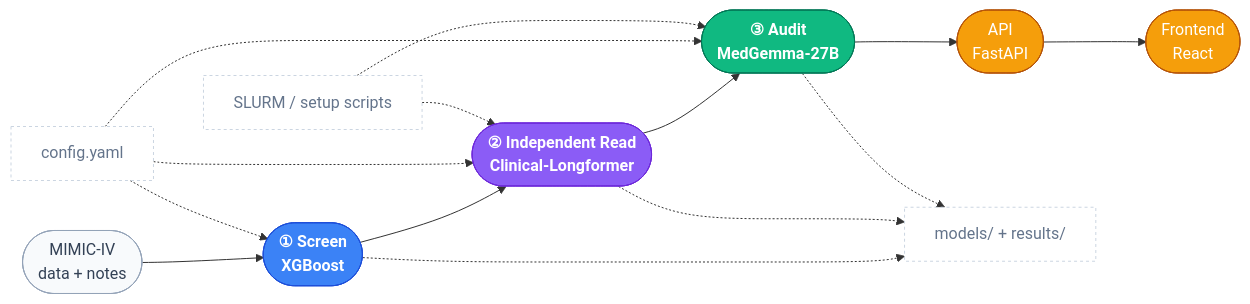
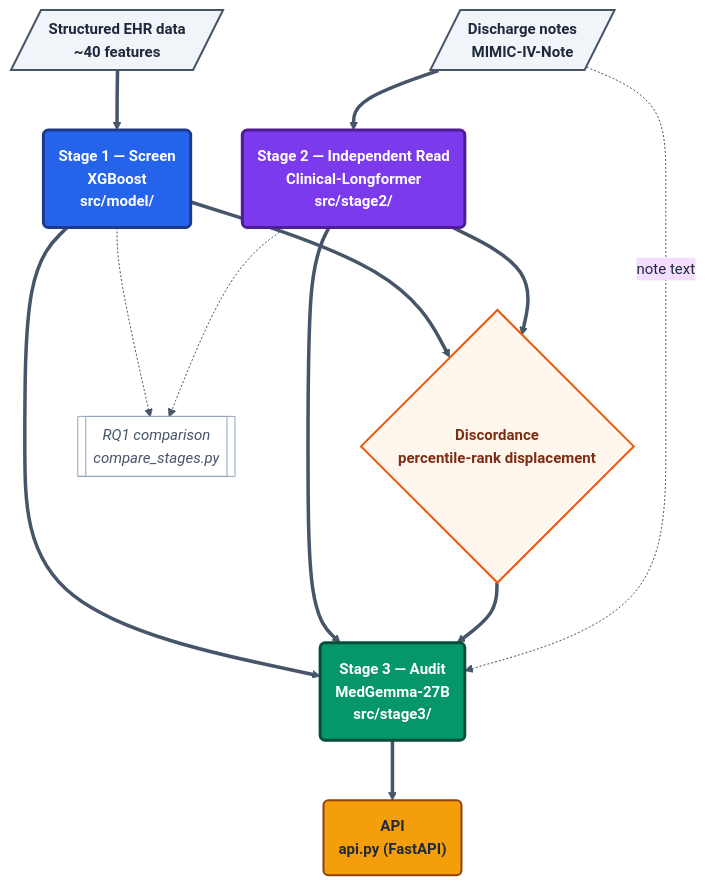
Before and after one commit to ThesisNovaSBE/three-layer-readmission-audit: the diagram in README.md, drawn with Mermaid. The commit also changed other lines of this file and 11 other files, not shown here.

````diff
--- a/README.md
+++ b/README.md
@@ -22,22 +25,38 @@
 ```mermaid
-flowchart LR
-    DATA(["MIMIC-IV<br/>data + notes"]):::ext
-    S1(["① Screen<br/>XGBoost"]):::s1
-    S2(["② Independent Read<br/>Clinical-Longformer"]):::s2
-    S3(["③ Audit<br/>MedGemma-27B"]):::s3
-    API(["API<br/>FastAPI"]):::serve
-    FE(["Frontend<br/>React"]):::serve
+%%{init: {"theme": "base", "themeVariables": {"fontFamily": "Georgia, \"Times New Roman\", serif", "fontSize": "15px", "lineColor": "#475569", "primaryTextColor": "#1e293b"}, "flowchart": {"nodeSpacing": 45, "rankSpacing": 60, "curve": "basis"}}}%%
+flowchart TD
+    STRUCT[/"Structured EHR data<br/>~40 features"/]:::input
+    NOTE[/"Discharge notes<br/>MIMIC-IV-Note"/]:::input
 
-    DATA --> S1 --> S2 --> S3 --> API --> FE
+    S1("Stage 1 — Screen<br/>XGBoost<br/>src/model/"):::s1
+    S2("Stage 2 — Independent Read<br/>Clinical-Longformer<br/>src/stage2/"):::s2
 
-    CFG["config.yaml"]:::support -.-> S1 & S2 & S3
-    OPS["SLURM / setup scripts"]:::support -.-> S2 & S3
-    S1 & S2 & S3 -.-> ART["models/ + results/"]:::support
+    DISC{"Discordance<br/>percentile-rank displacement"}:::calc
 
-    classDef ext fill:#f8fafc,stroke:#94a3b8,color:#334155
-    classDef s1 fill:#3b82f6,stroke:#1d4ed8,color:#fff,font-weight:bold
-    classDef s2 fill:#8b5cf6,stroke:#6d28d9,color:#fff,font-weight:bold
-    classDef s3 fill:#10b981,stroke:#047857,color:#fff,font-weight:bold
-    classDef serve fill:#f59e0b,stroke:#b45309,color:#fff
-    classDef support fill:#ffffff,stroke:#cbd5e1,color:#64748b,stroke-dasharray:3 3
+    S3("Stage 3 — Audit<br/>MedGemma-27B<br/>src/stage3/"):::s3
+
+    API("API<br/>api.py (FastAPI)"):::serve
+    RQ1[["RQ1 comparison<br/>compare_stages.py"]]:::eval
+
+    STRUCT ==> S1
+    NOTE ==> S2
+
+    S1 ==> DISC
+    S2 ==> DISC
+    S1 ==> S3
+    S2 ==> S3
+    DISC ==> S3
+    NOTE -.->|note text| S3
+    S3 ==> API
+
+    S1 -.-> RQ1
+    S2 -.-> RQ1
+
+    classDef input fill:#f1f5f9,stroke:#475569,stroke-width:2px,color:#1e293b,font-weight:600
+    classDef s1 fill:#2563eb,stroke:#1e3a8a,stroke-width:3px,color:#ffffff,font-weight:700
+    classDef s2 fill:#7c3aed,stroke:#4c1d95,stroke-width:3px,color:#ffffff,font-weight:700
+    classDef s3 fill:#059669,stroke:#064e3b,stroke-width:3px,color:#ffffff,font-weight:700
+    classDef calc fill:#fff7ed,stroke:#ea580c,stroke-width:2px,color:#7c2d12,font-weight:600
+    classDef serve fill:#f59e0b,stroke:#92400e,stroke-width:2px,color:#1e293b,font-weight:700
+    classDef eval fill:#ffffff,stroke:#94a3b8,stroke-width:1px,color:#475569,font-style:italic
 ```
````
